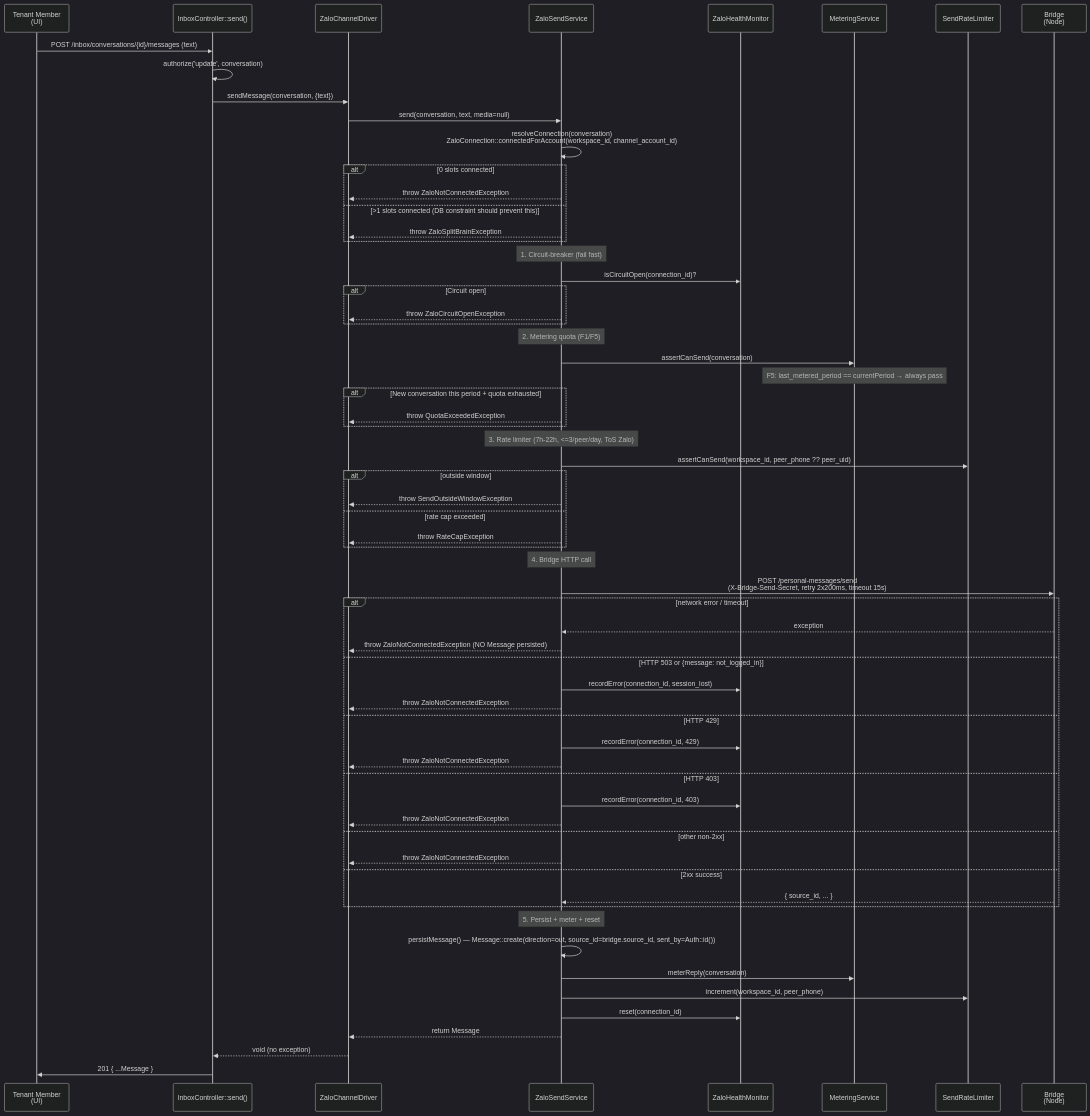
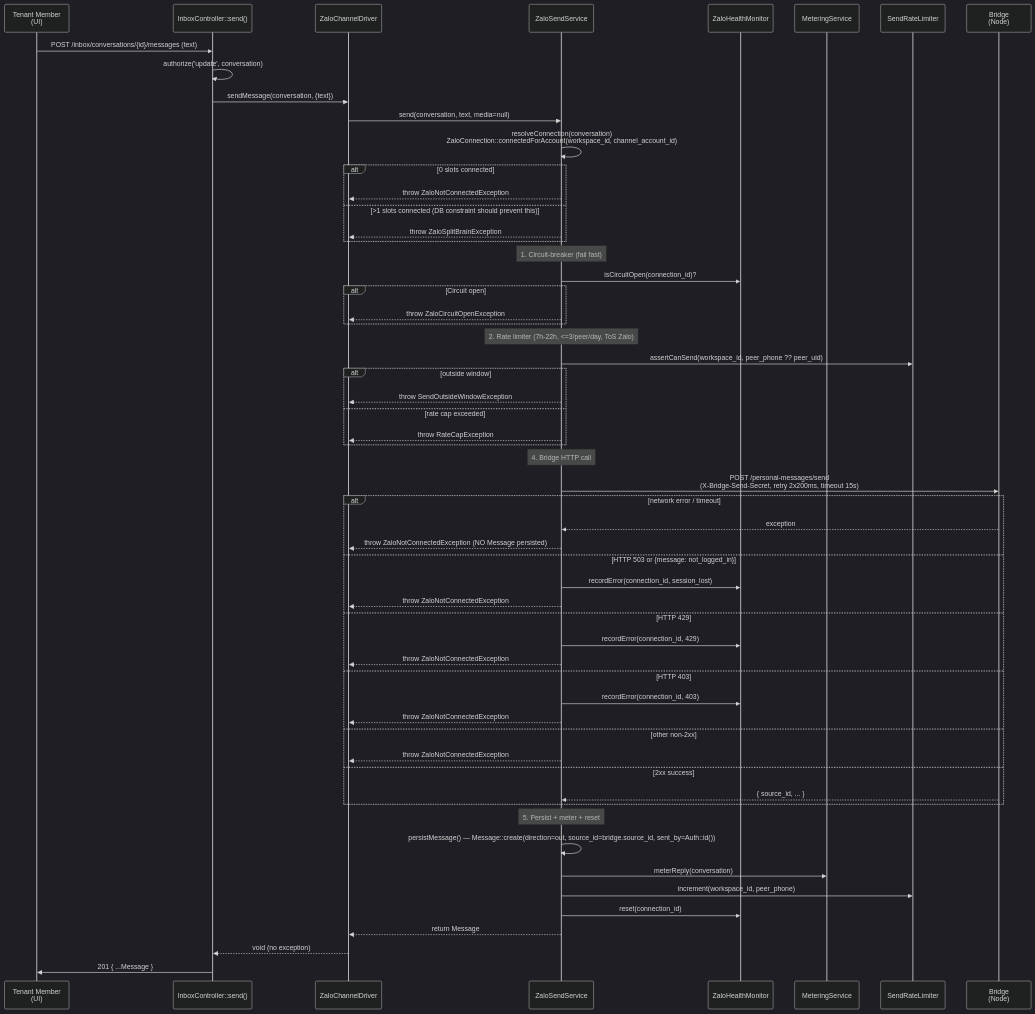
One commit to locdev-2001/yona changed the diagram in docs/features/messaging/outbound-send.md. Above: the diagram before and after it, drawn with Mermaid (dark theme). The commit also changed other lines of this file and 14 other files, not shown here.

````diff
--- a/docs/features/messaging/outbound-send.md
+++ b/docs/features/messaging/outbound-send.md
@@ -27,73 +27,66 @@
 ```mermaid
 sequenceDiagram
     participant User as Tenant Member<br/>(UI)
     participant Controller as InboxController::send()
     participant Driver as ZaloChannelDriver
     participant ZaloSvc as ZaloSendService
     participant HealthMon as ZaloHealthMonitor
     participant Meter as MeteringService
     participant Limiter as SendRateLimiter
     participant Bridge as Bridge<br/>(Node)
 
     User->>Controller: POST /inbox/conversations/{id}/messages (text)
     Controller->>Controller: authorize('update', conversation)
     Controller->>Driver: sendMessage(conversation, {text})
     Driver->>ZaloSvc: send(conversation, text, media=null)
 
     ZaloSvc->>ZaloSvc: resolveConnection(conversation)<br/>ZaloConnection::connectedForAccount(workspace_id, channel_account_id)
     alt 0 slots connected
         ZaloSvc-->>Driver: throw ZaloNotConnectedException
     else >1 slots connected (DB constraint should prevent this)
         ZaloSvc-->>Driver: throw ZaloSplitBrainException
     end
 
     Note over ZaloSvc: 1. Circuit-breaker (fail fast)
     ZaloSvc->>HealthMon: isCircuitOpen(connection_id)?
     alt Circuit open
         ZaloSvc-->>Driver: throw ZaloCircuitOpenException
     end
 
-    Note over ZaloSvc: 2. Metering quota (F1/F5)
-    ZaloSvc->>Meter: assertCanSend(conversation)
-    Note over Meter: F5: last_metered_period == currentPeriod → always pass
-    alt New conversation this period + quota exhausted
-        ZaloSvc-->>Driver: throw QuotaExceededException
-    end
-
-    Note over ZaloSvc: 3. Rate limiter (7h-22h, <=3/peer/day, ToS Zalo)
+    Note over ZaloSvc: 2. Rate limiter (7h-22h, <=3/peer/day, ToS Zalo)
     ZaloSvc->>Limiter: assertCanSend(workspace_id, peer_phone ?? peer_uid)
     alt outside window
         ZaloSvc-->>Driver: throw SendOutsideWindowException
     else rate cap exceeded
         ZaloSvc-->>Driver: throw RateCapException
     end
 
     Note over ZaloSvc: 4. Bridge HTTP call
     ZaloSvc->>Bridge: POST /personal-messages/send<br/>(X-Bridge-Send-Secret, retry 2x200ms, timeout 15s)
     alt network error / timeout
         Bridge-->>ZaloSvc: exception
         ZaloSvc-->>Driver: throw ZaloNotConnectedException (NO Message persisted)
     else HTTP 503 or {message: not_logged_in}
         ZaloSvc->>HealthMon: recordError(connection_id, session_lost)
         ZaloSvc-->>Driver: throw ZaloNotConnectedException
     else HTTP 429
         ZaloSvc->>HealthMon: recordError(connection_id, 429)
         ZaloSvc-->>Driver: throw ZaloNotConnectedException
     else HTTP 403
         ZaloSvc->>HealthMon: recordError(connection_id, 403)
         ZaloSvc-->>Driver: throw ZaloNotConnectedException
     else other non-2xx
         ZaloSvc-->>Driver: throw ZaloNotConnectedException
     else 2xx success
         Bridge-->>ZaloSvc: { source_id, ... }
     end
 
     Note over ZaloSvc: 5. Persist + meter + reset
     ZaloSvc->>ZaloSvc: persistMessage() — Message::create(direction=out, source_id=bridge.source_id, sent_by=Auth::id())
     ZaloSvc->>Meter: meterReply(conversation)
     ZaloSvc->>Limiter: increment(workspace_id, peer_phone)
     ZaloSvc->>HealthMon: reset(connection_id)
     ZaloSvc-->>Driver: return Message
     Driver-->>Controller: void (no exception)
     Controller->>User: 201 { ...Message }
 ```
````
